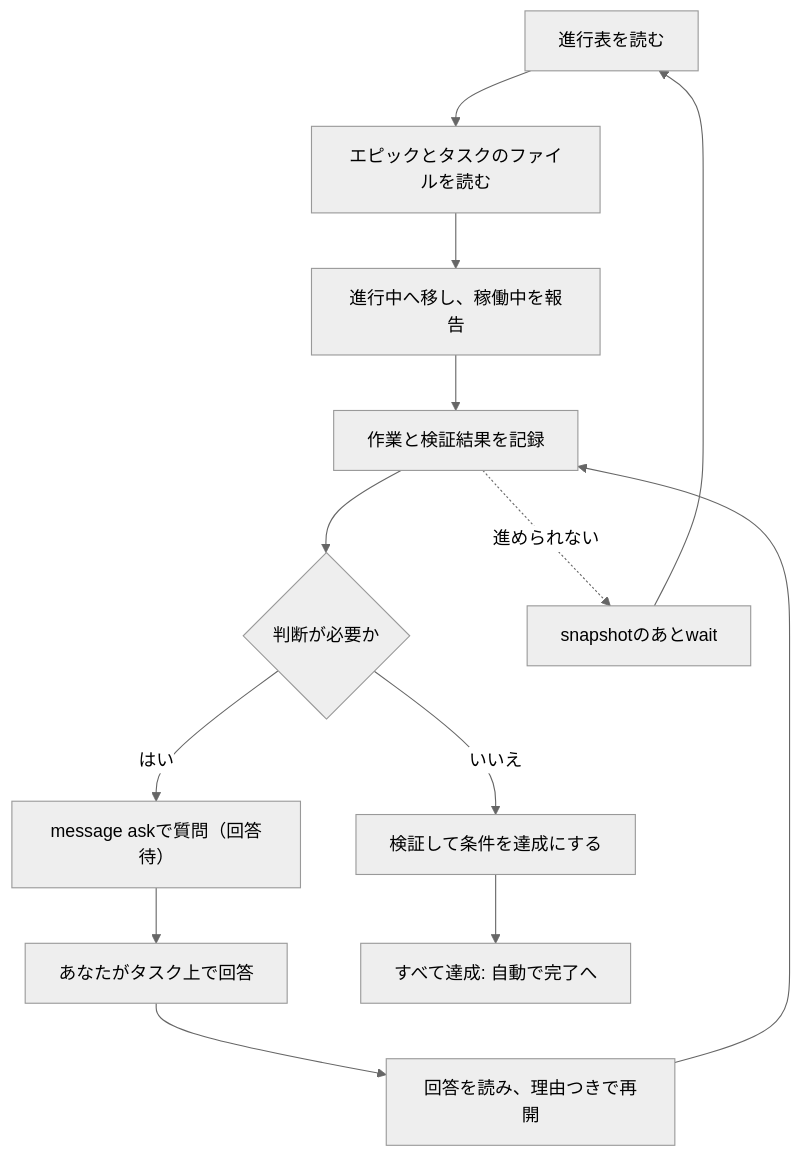
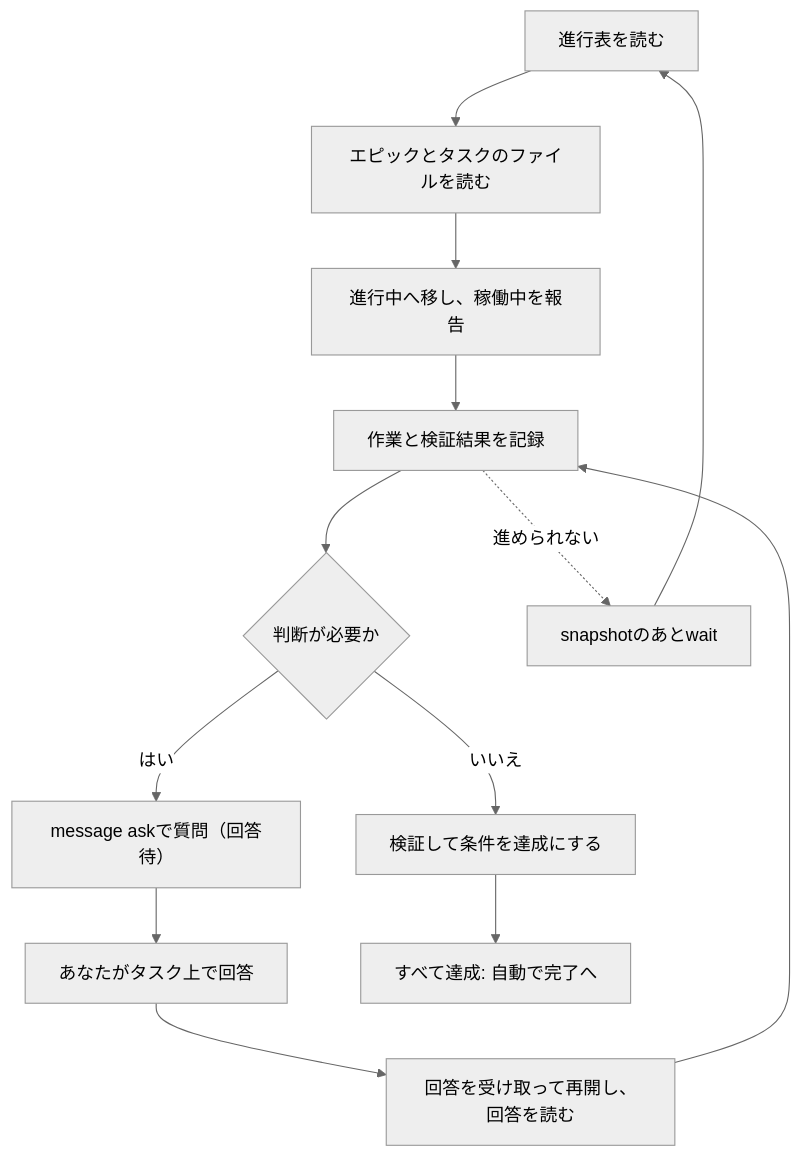
One commit to FooQoo/agent-project changed the diagram in docs/ja/guide/delegate/agents.md. Above: the diagram before and after it, drawn with Mermaid (neutral theme). The commit also changed other lines of this file and 196 other files, not shown here.

````diff
--- a/docs/ja/guide/delegate/agents.md
+++ b/docs/ja/guide/delegate/agents.md
@@ -82,15 +82,15 @@
 ```mermaid
 flowchart TD
     P["進行表を読む"] --> R["エピックとタスクのファイルを読む"]
     R --> D["進行中へ移し、稼働中を報告"]
     D --> L["作業と検証結果を記録"]
     L --> Q{"判断が必要か"}
     Q -- はい --> PE["message askで質問（回答待）"]
     PE --> A["あなたがタスク上で回答"]
-    A --> RE["回答を読み、理由つきで再開"]
+    A --> RE["回答を受け取って再開し、回答を読む"]
     RE --> L
     Q -- いいえ --> V["検証して条件を達成にする"]
     V --> DN["すべて達成: 自動で完了へ"]
     L -. 進められない .-> W["snapshotのあとwait"]
     W --> P
 ```
````
